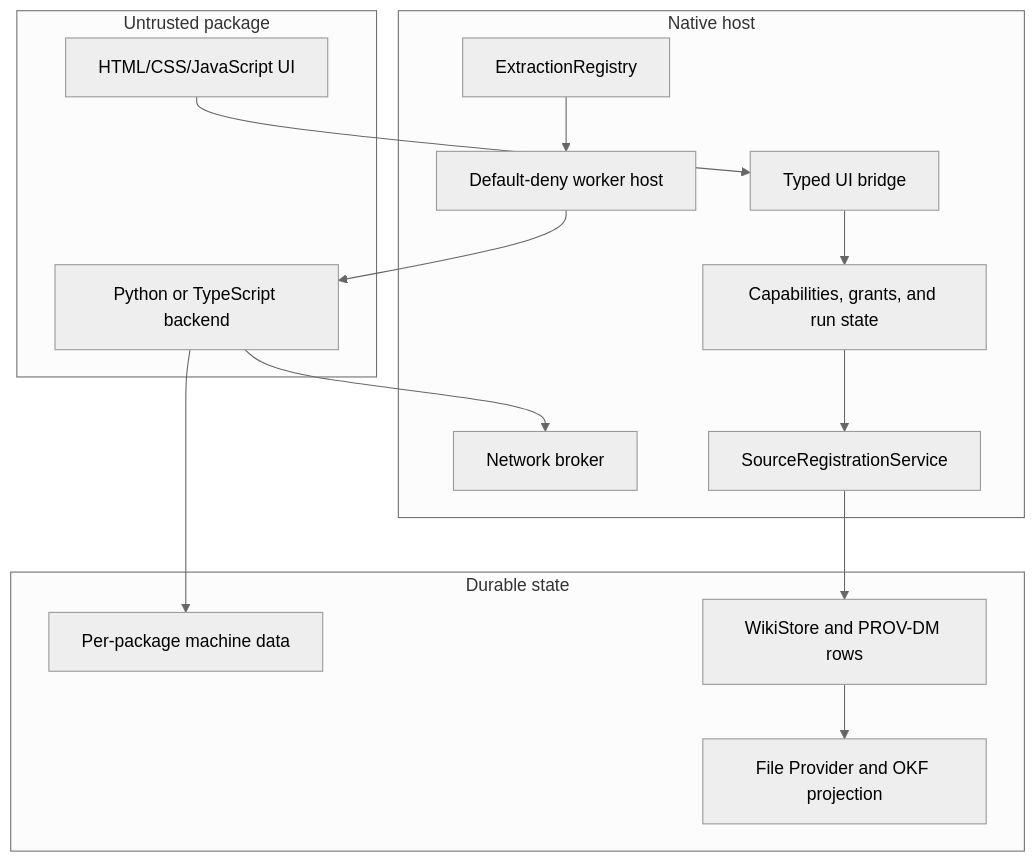
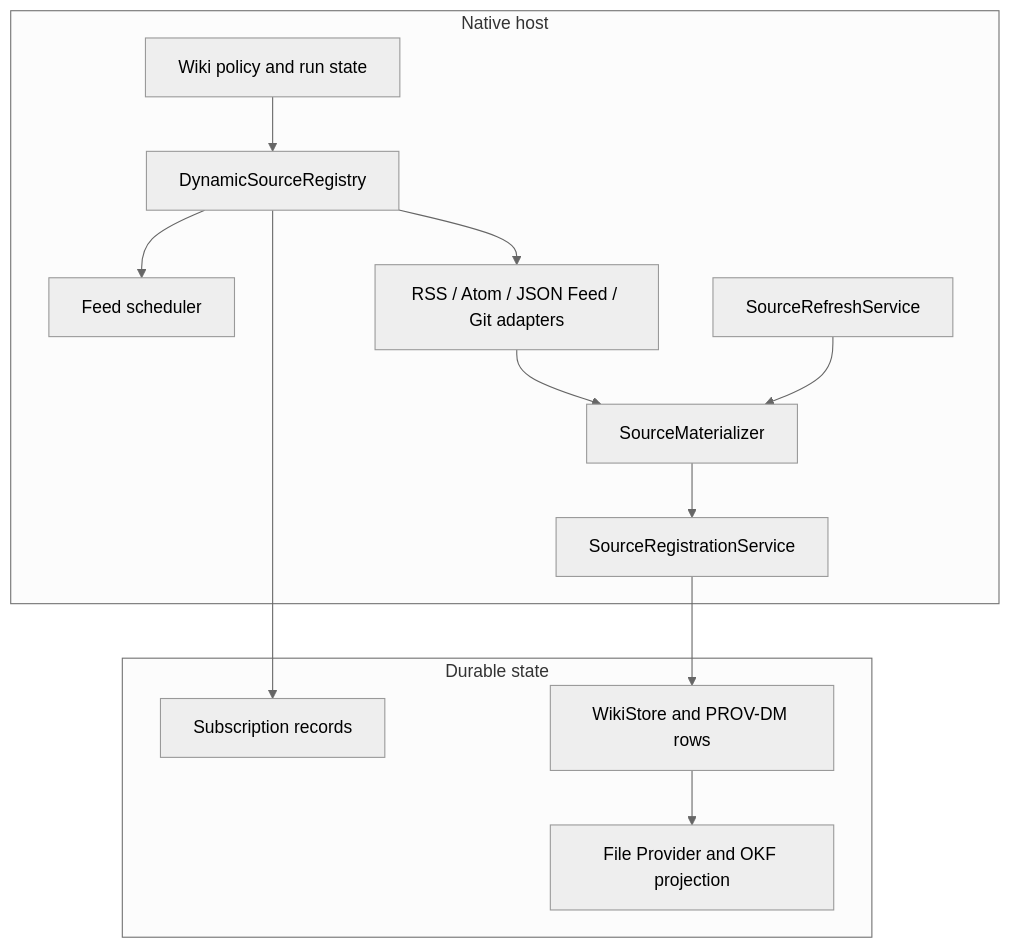
The diagram in plans/wiki-app-platform.md (tqbf/selfdrivingwiki), drawn with Mermaid (neutral theme) before and after one commit. The commit also changed other lines of this file, not shown here.

Commit message:
docs(platform): rephase dynamic source implementation

````diff
--- a/plans/wiki-app-platform.md
+++ b/plans/wiki-app-platform.md
@@ -50,29 +59,25 @@
 ```mermaid
 flowchart TB
-    subgraph Package["Untrusted package"]
-        UI["HTML/CSS/JavaScript UI"]
-        Backend["Python or TypeScript backend"]
+    subgraph Native[Native host]
+        Registry[DynamicSourceRegistry]
+        Scheduler[Feed scheduler]
+        Adapter[RSS / Atom / JSON Feed / Git adapters]
+        Refresh[SourceRefreshService]
+        Materializer[SourceMaterializer]
+        Registration[SourceRegistrationService]
+        Policy[Wiki policy and run state]
     end
-
-    subgraph Host["Native host"]
-        Bridge["Typed UI bridge"]
-        Worker["Default-deny worker host"]
-        Broker["Network broker"]
-        Policy["Capabilities, grants, and run state"]
-        Registry["ExtractionRegistry"]
-        SRS["SourceRegistrationService"]
+    subgraph Durable[Durable state]
+        Subscriptions[Subscription records]
+        Store[WikiStore and PROV-DM rows]
+        Projection[File Provider and OKF projection]
     end
-
-    subgraph Storage["Durable state"]
-        AppData["Per-package machine data"]
-        Store["WikiStore and PROV-DM rows"]
-        Projection["File Provider and OKF projection"]
-    end
-
-    UI --> Bridge --> Policy
-    Registry --> Worker
-    Worker --> Backend
-    Backend --> Broker
-    Backend --> AppData
-    Policy --> SRS --> Store --> Projection
+    Registry --> Scheduler
+    Registry --> Adapter
+    Adapter --> Materializer
+    Refresh --> Materializer
+    Materializer --> Registration
+    Policy --> Registry
+    Registry --> Subscriptions
+    Registration --> Store --> Projection
 ```
````
